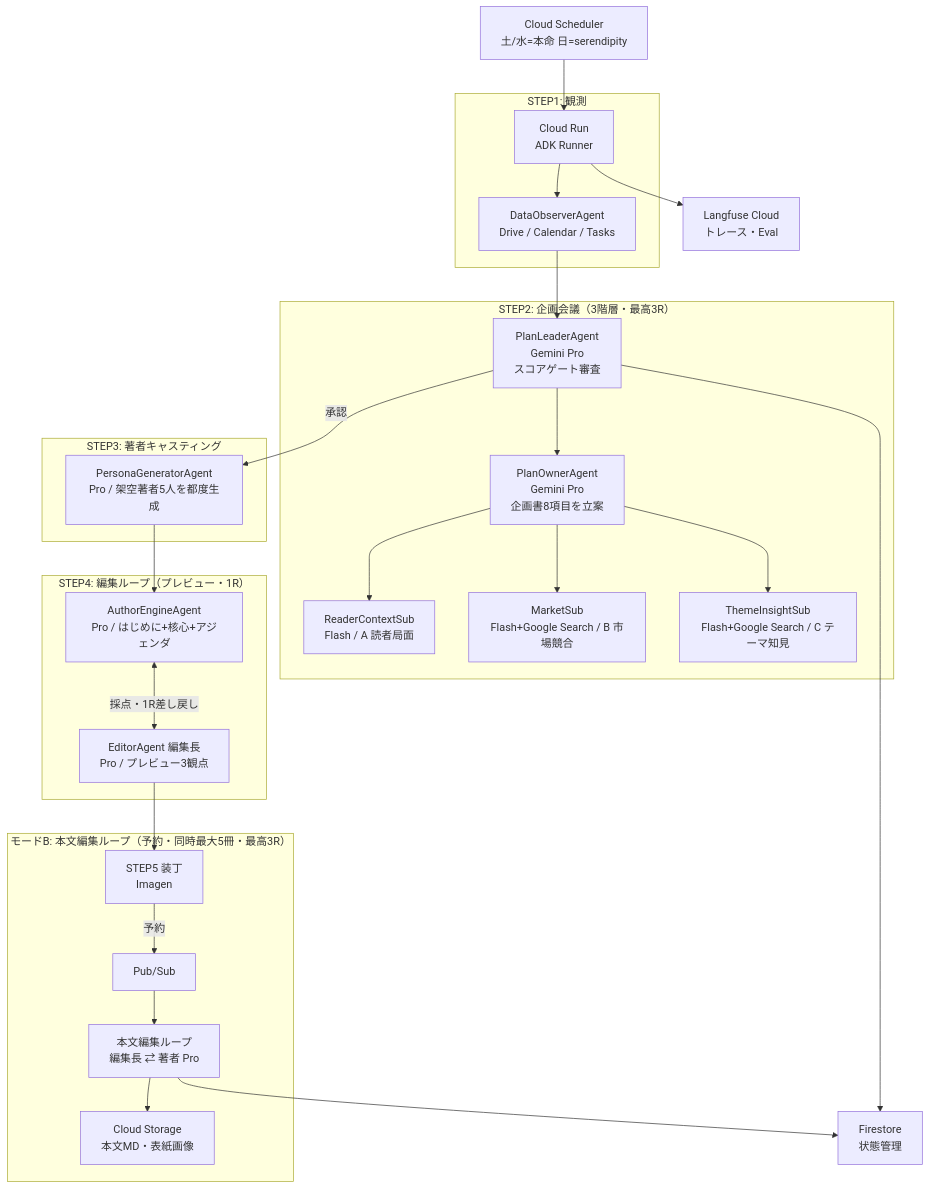
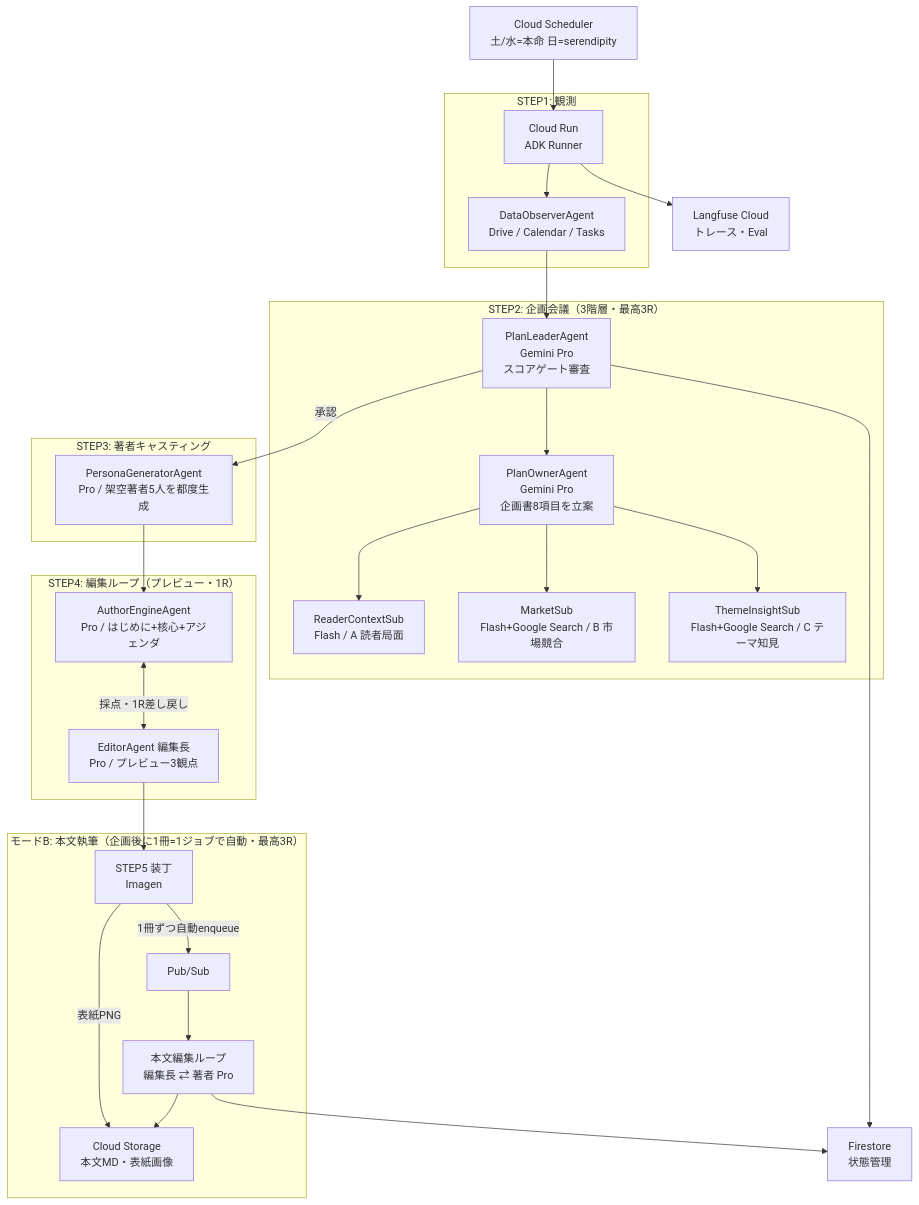
One commit to cloud-dojo/publishr changed the diagram in README.md. Above: the diagram before and after it, drawn with Mermaid. The commit also changed other lines of this file and 2 other files, not shown here.

First line of the commit message:
docs: 本番フル稼働の実態に追従（自動執筆/run-uniqueID/表紙Imagen/GCS）

````diff
--- a/README.md
+++ b/README.md
@@ -67,37 +67,38 @@
 ```mermaid
 graph TD
     CS[Cloud Scheduler<br/>土/水=本命 日=serendipity] --> CR[Cloud Run<br/>ADK Runner]
 
     subgraph STEP1[STEP1: 観測]
         CR --> OBS[DataObserverAgent<br/>Drive / Calendar / Tasks]
     end
 
     subgraph STEP2[STEP2: 企画会議（3階層・最高3R）]
         OBS --> LEADER[PlanLeaderAgent<br/>Gemini Pro<br/>スコアゲート審査]
         LEADER --> OWNER[PlanOwnerAgent<br/>Gemini Pro<br/>企画書8項目を立案]
         OWNER --> RC[ReaderContextSub<br/>Flash / A 読者局面]
         OWNER --> MK[MarketSub<br/>Flash+Google Search / B 市場競合]
         OWNER --> TI[ThemeInsightSub<br/>Flash+Google Search / C テーマ知見]
     end
 
     subgraph STEP3[STEP3: 著者キャスティング]
         LEADER -->|承認| PERSONA[PersonaGeneratorAgent<br/>Pro / 架空著者5人を都度生成]
     end
 
     subgraph STEP4[STEP4: 編集ループ（プレビュー・1R）]
         PERSONA --> ENGINE[AuthorEngineAgent<br/>Pro / はじめに+核心+アジェンダ]
         ENGINE <-->|採点・1R差し戻し| EDITOR[EditorAgent 編集長<br/>Pro / プレビュー3観点]
     end
 
     EDITOR --> COVER[STEP5 装丁<br/>Imagen]
 
-    subgraph MODEB[モードB: 本文編集ループ（予約・同時最大5冊・最高3R）]
-        COVER -->|予約| PUBSUB[Pub/Sub]
+    subgraph MODEB[モードB: 本文執筆（企画後に1冊=1ジョブで自動・最高3R）]
+        COVER -->|1冊ずつ自動enqueue| PUBSUB[Pub/Sub]
         PUBSUB --> WRITER[本文編集ループ<br/>編集長 ⇄ 著者 Pro]
         WRITER --> GCS[Cloud Storage<br/>本文MD・表紙画像]
+        COVER -->|表紙PNG| GCS
     end
 
     LEADER --> FS[Firestore<br/>状態管理]
     WRITER --> FS
     CR --> LF[Langfuse Cloud<br/>トレース・Eval]
 ```
````
